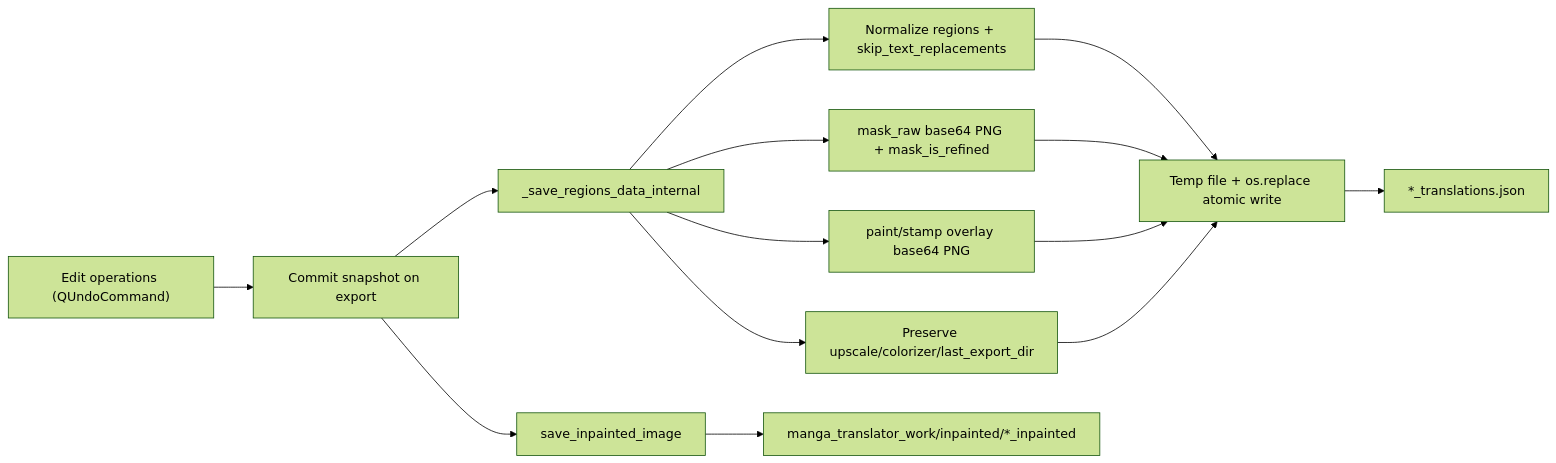
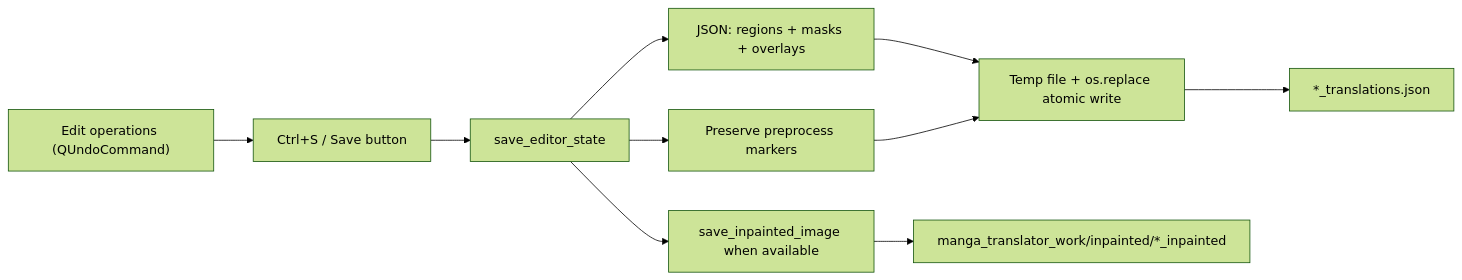
One commit to hgmzhn/manga-translator-ui changed the third of 3 diagrams in doc/wiki/en/desktop/editor/import-export-and-writeback.md. Above: the diagram before and after it, drawn with Mermaid (forest theme). The commit also changed other lines of this file and 25 other files, not shown here.

Commit message:
feat: separate editor save and export actions

````diff
--- a/doc/wiki/en/desktop/editor/import-export-and-writeback.md
+++ b/doc/wiki/en/desktop/editor/import-export-and-writeback.md
@@ -133,16 +130,12 @@
 ```mermaid
 flowchart LR
-    A["Edit operations (QUndoCommand)"] --> B["Commit snapshot on export"]
-    B --> C["_save_regions_data_internal"]
-    C --> C1["Normalize regions + skip_text_replacements"]
-    C --> C2["mask_raw base64 PNG + mask_is_refined"]
-    C --> C3["paint/stamp overlay base64 PNG"]
-    C --> C4["Preserve upscale/colorizer/last_export_dir"]
+    A["Edit operations (QUndoCommand)"] --> B["Ctrl+S / Save button"]
+    B --> C["save_editor_state"]
+    C --> C1["JSON: regions + masks + overlays"]
+    C --> C2["Preserve preprocess markers"]
     C1 --> D["Temp file + os.replace atomic write"]
     C2 --> D
-    C3 --> D
-    C4 --> D
     D --> E["*_translations.json"]
-    B --> F["save_inpainted_image"]
+    C --> F["save_inpainted_image when available"]
     F --> G["manga_translator_work/inpainted/*_inpainted"]
 ```
````
